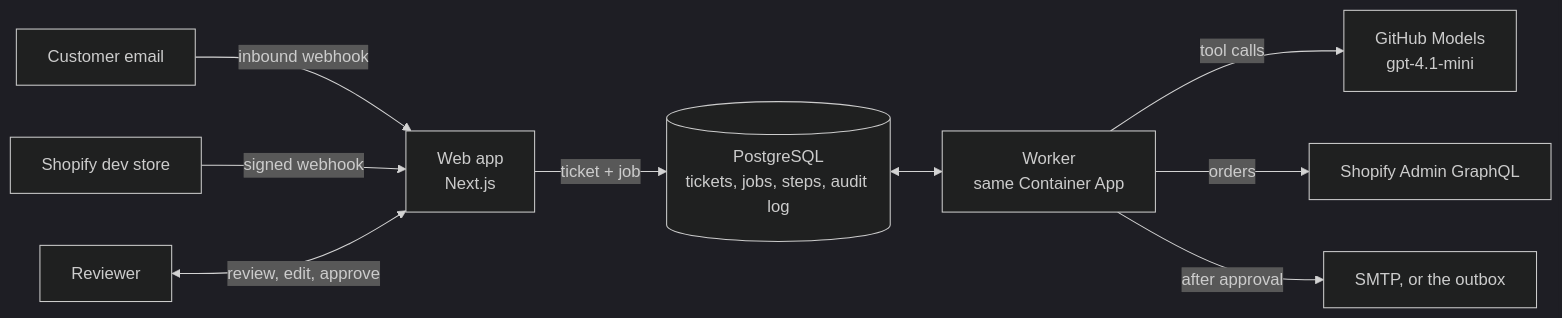
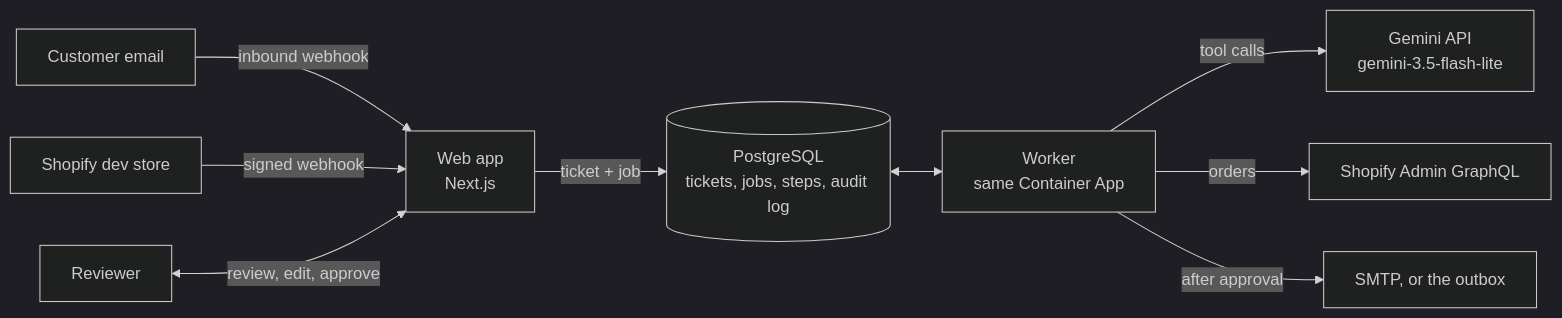
Before and after one commit to Zebbb01/replypilot: the diagram in README.md, drawn with Mermaid (dark theme). The commit also changed other lines of this file and 13 other files, not shown here.

First line of the commit message:
feat: switch the model to the Gemini API free tier

````diff
--- a/README.md
+++ b/README.md
@@ -39,11 +39,11 @@
 ```mermaid
 flowchart LR
   C[Customer email] -->|inbound webhook| W[Web app<br/>Next.js]
   S[Shopify dev store] -->|signed webhook| W
   R[Reviewer] <-->|review, edit, approve| W
   W -->|ticket + job| P[(PostgreSQL<br/>tickets, jobs, steps, audit log)]
   P <--> K[Worker<br/>same Container App]
-  K -->|tool calls| M[GitHub Models<br/>gpt-4.1-mini]
+  K -->|tool calls| M[Gemini API<br/>gemini-3.5-flash-lite]
   K -->|orders| A[Shopify Admin GraphQL]
   K -->|after approval| E[SMTP, or the outbox]
 ```
````
